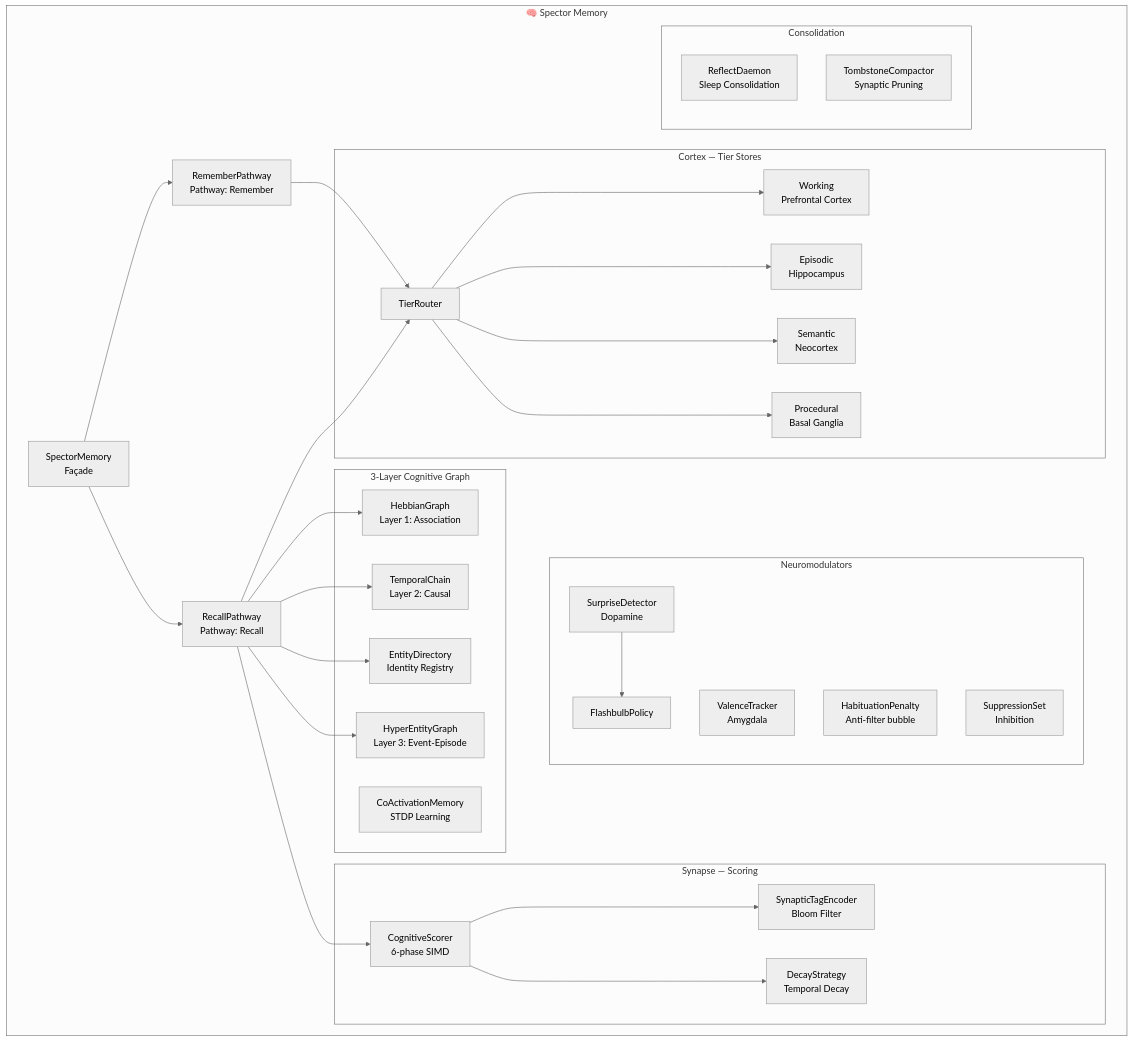
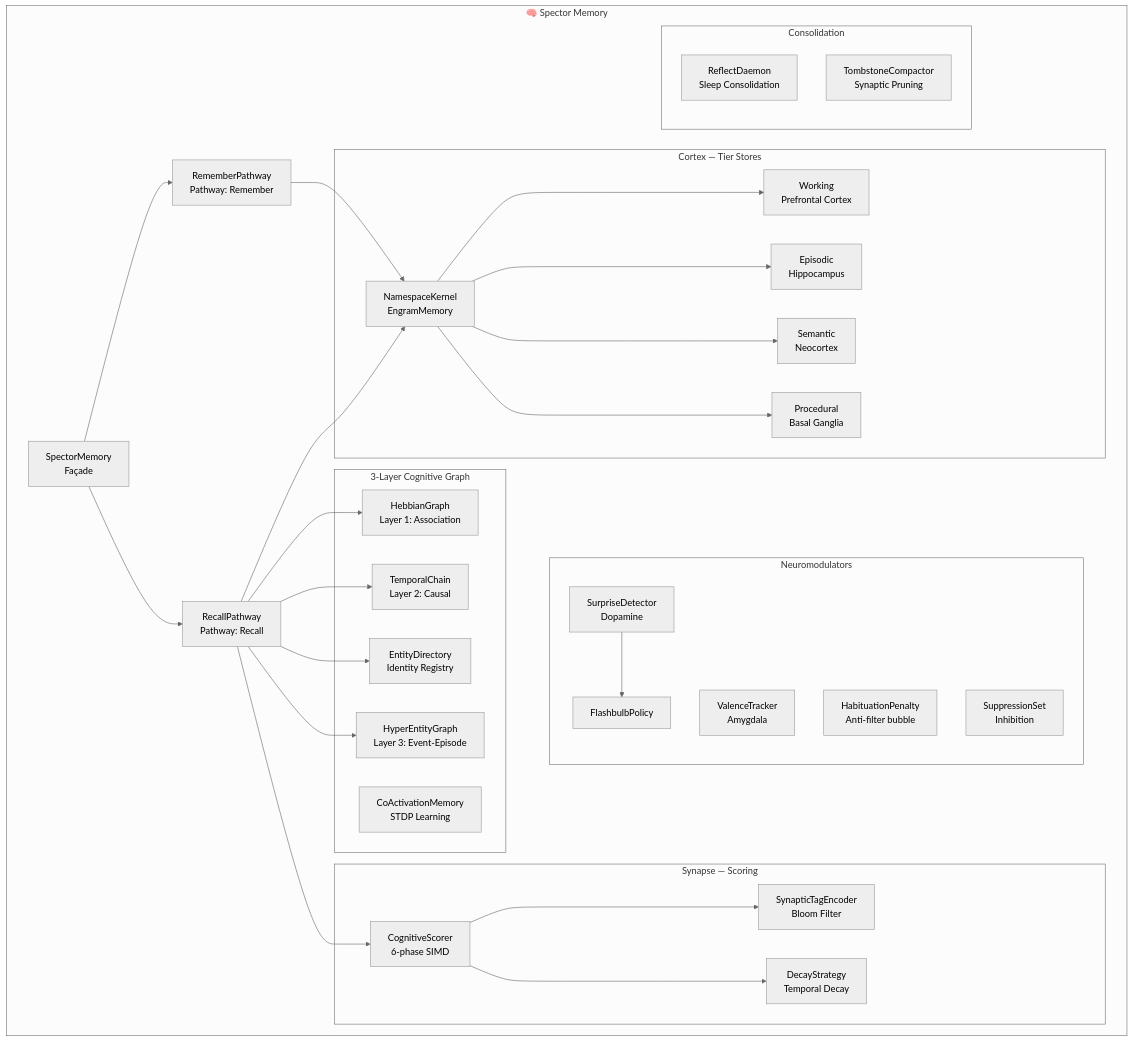
One commit to spectrayan/spector changed the diagram in docs/docs/memory/index.md. Above: the diagram before and after it, drawn with Mermaid (neutral theme). The commit also changed 10 other files, not shown here.

````diff
--- a/docs/docs/memory/index.md
+++ b/docs/docs/memory/index.md
@@ -67,47 +67,47 @@
 ```mermaid
 graph TB
     subgraph "🧠 Spector Memory"
         SM[SpectorMemory<br/>Façade]:::core --> CT[RememberPathway<br/>Pathway: Remember]:::core
         SM --> RP[RecallPathway<br/>Pathway: Recall]:::core
         
         subgraph "Cortex — Tier Stores"
-            TR[TierRouter]:::core --> WM[Working<br/>Prefrontal Cortex]:::working
-            TR --> EM[Episodic<br/>Hippocampus]:::episodic
-            TR --> SE[Semantic<br/>Neocortex]:::semantic
-            TR --> PR[Procedural<br/>Basal Ganglia]:::procedural
+            NK[NamespaceKernel<br/>EngramMemory]:::core --> WM[Working<br/>Prefrontal Cortex]:::working
+            NK --> EM[Episodic<br/>Hippocampus]:::episodic
+            NK --> SE[Semantic<br/>Neocortex]:::semantic
+            NK --> PR[Procedural<br/>Basal Ganglia]:::procedural
         end
         
         subgraph "Synapse — Scoring"
             CS[CognitiveScorer<br/>6-phase SIMD]:::synapse --> STE[SynapticTagEncoder<br/>Bloom Filter]:::synapse
             CS --> DS[DecayStrategy<br/>Temporal Decay]:::synapse
         end
         
         subgraph "Neuromodulators"
             SD[SurpriseDetector<br/>Dopamine]:::synapse --> FP[FlashbulbPolicy]:::synapse
             VT[ValenceTracker<br/>Amygdala]:::synapse
             HP[HabituationPenalty<br/>Anti-filter bubble]:::synapse
             SS[SuppressionSet<br/>Inhibition]:::synapse
         end
         
         subgraph "3-Layer Cognitive Graph"
             HG[HebbianGraph<br/>Layer 1: Association]:::core
             TC[TemporalChain<br/>Layer 2: Causal]:::core
             HEG[HyperEntityGraph<br/>Layer 3: Event-Episode]:::core
             ED[EntityDirectory<br/>Identity Registry]:::core
             CA[CoActivationMemory<br/>STDP Learning]:::core
         end
         
         subgraph "Consolidation"
             RD[ReflectDaemon<br/>Sleep Consolidation]:::core
             TCC[TombstoneCompactor<br/>Synaptic Pruning]:::core
         end
         
-        CT --> TR
+        CT --> NK
         RP --> CS
-        RP --> TR
+        RP --> NK
         RP --> HG
         RP --> TC
         RP --> ED
         RP --> HEG
     end
 ```
````
